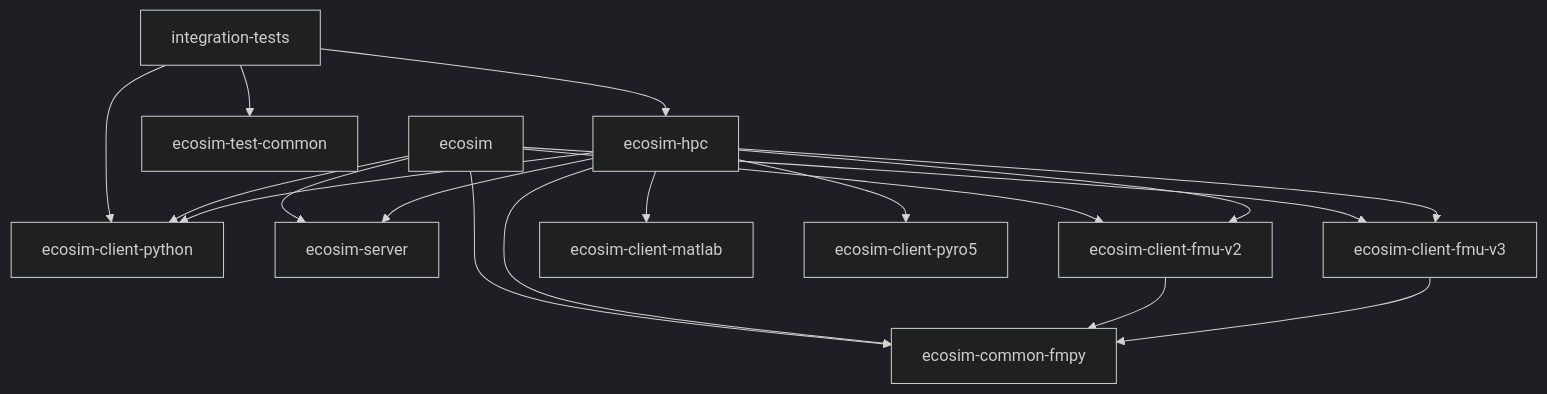
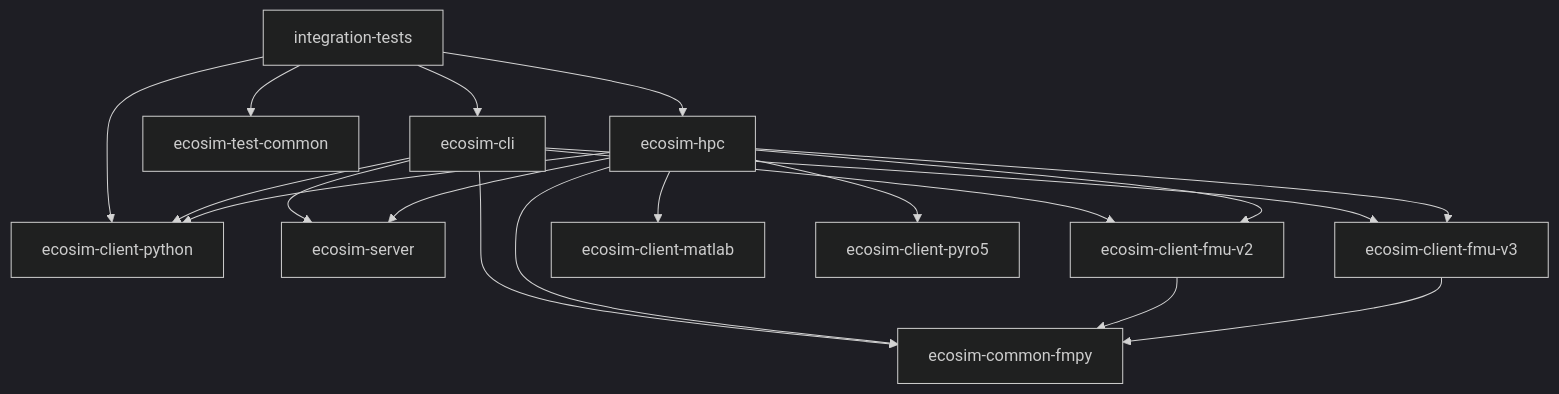
The diagram in docs/content/development/architecture.md (KIT-IAI-ESA/eCoSim), drawn with Mermaid (dark theme) before and after one commit. The commit also changed 16 other files, not shown here.

Commit message:
chore(folder-layout): renamed project `ecosim` to `ecosim-cli`

````diff
--- a/docs/content/development/architecture.md
+++ b/docs/content/development/architecture.md
@@ -28,20 +28,21 @@
 ```mermaid
 flowchart TD
   tests[integration-tests] --> hpc[ecosim-hpc]
   tests --> testcommon[ecosim-test-common]
   tests --> python[ecosim-client-python]
-  ecosim[ecosim] --> server
-  ecosim --> fmu2
-  ecosim --> fmu3
-  ecosim --> python
-  ecosim --> fmpy
+  tests --> ecosim-cli
+  ecosim-cli --> server
+  ecosim-cli --> fmu2
+  ecosim-cli --> fmu3
+  ecosim-cli --> python
+  ecosim-cli --> fmpy
   hpc --> server[ecosim-server]
   hpc --> fmu2[ecosim-client-fmu-v2]
   hpc --> fmu3[ecosim-client-fmu-v3]
   hpc --> matlab[ecosim-client-matlab]
   hpc --> pyro[ecosim-client-pyro5]
   hpc --> python
   hpc --> fmpy[ecosim-common-fmpy]
   fmu2 --> fmpy
   fmu3 --> fmpy
 ```
````
